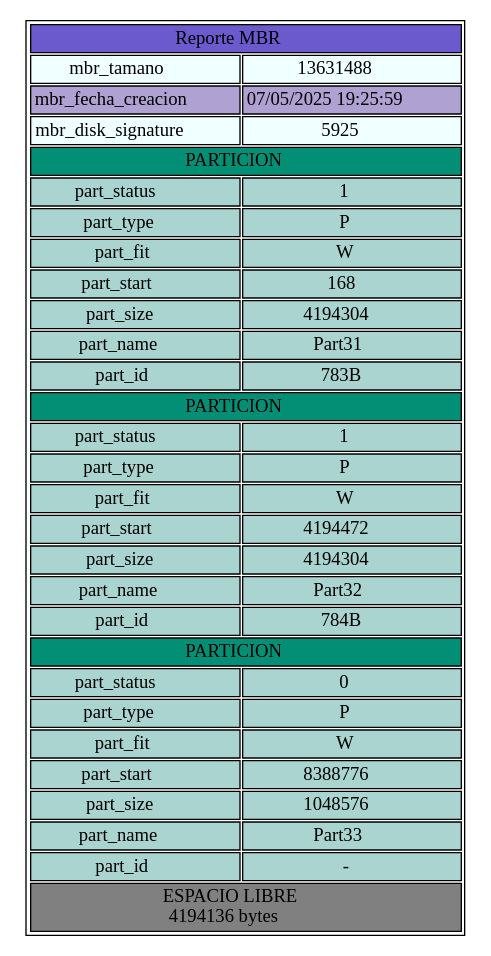
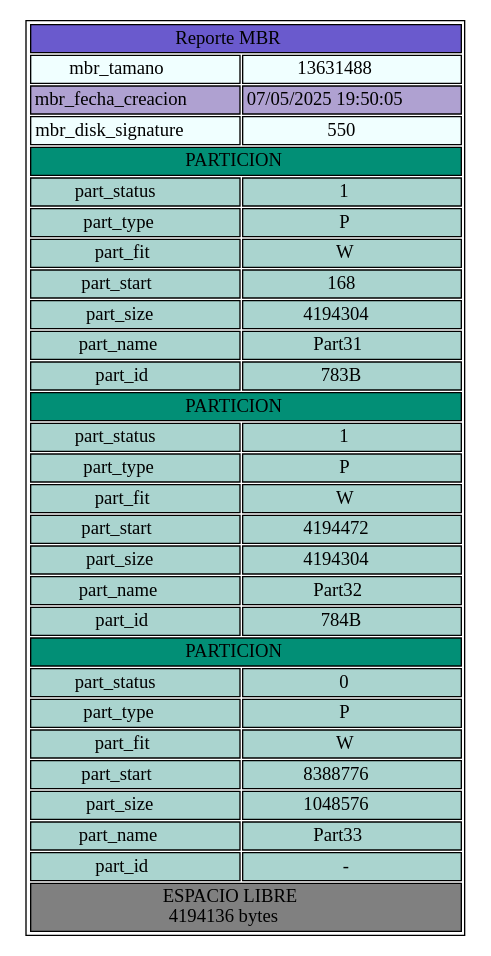
One commit to YairCarrito45/MIA-P2 changed the diagram in Backend/home/yair/Calificacion_MIA/Reportes/p1_rE_mbr.dot. Above: the diagram before and after it, drawn with Graphviz. The commit also changed 31 other files, not shown here.

```diff
--- a/Backend/home/yair/Calificacion_MIA/Reportes/p1_rE_mbr.dot
+++ b/Backend/home/yair/Calificacion_MIA/Reportes/p1_rE_mbr.dot
@@ -1,116 +1,116 @@
 digraph { 
 node [ shape=none ] 
 TablaReportNodo [ label = < <table border="1"> 
  <tr>
   <td bgcolor='SlateBlue' COLSPAN="2"> Reporte MBR </td> 
  </tr> 
  <tr>
   <td bgcolor='Azure'> mbr_tamano </td> 
   <td bgcolor='Azure'> 13631488 </td> 
  </tr> 
  <tr>
   <td bgcolor='#AFA1D1'> mbr_fecha_creacion </td> 
-  <td bgcolor='#AFA1D1'> 07/05/2025 19:25:59 </td> 
+  <td bgcolor='#AFA1D1'> 07/05/2025 19:50:05 </td> 
  </tr> 
  <tr>
   <td bgcolor='Azure'> mbr_disk_signature </td> 
-  <td bgcolor='Azure'> 5925 </td> 
+  <td bgcolor='Azure'> 550 </td> 
  </tr>  
  <tr>
  <td bgcolor='#028f76' COLSPAN="2"> PARTICION </td> 
  </tr> 
  <tr>
  <td bgcolor='#aad4cf'> part_status </td> 
  <td bgcolor='#aad4cf'> 1 </td> 
  </tr> 
  <tr>
  <td bgcolor='#aad4cf'> part_type </td> 
  <td bgcolor='#aad4cf'> P </td> 
  </tr> 
  <tr>
  <td bgcolor='#aad4cf'> part_fit </td> 
  <td bgcolor='#aad4cf'> W </td> 
  </tr> 
  <tr>
  <td bgcolor='#aad4cf'> part_start </td> 
  <td bgcolor='#aad4cf'> 168 </td> 
  </tr> 
  <tr>
  <td bgcolor='#aad4cf'> part_size </td> 
  <td bgcolor='#aad4cf'> 4194304 </td> 
  </tr> 
  <tr>
  <td bgcolor='#aad4cf'> part_name </td> 
  <td bgcolor='#aad4cf'> Part31 </td> 
  </tr> 
  <tr>
  <td bgcolor='#aad4cf'> part_id </td> 
  <td bgcolor='#aad4cf'> 783B </td> 
  </tr> 
  <tr>
  <td bgcolor='#028f76' COLSPAN="2"> PARTICION </td> 
  </tr> 
  <tr>
  <td bgcolor='#aad4cf'> part_status </td> 
  <td bgcolor='#aad4cf'> 1 </td> 
  </tr> 
  <tr>
  <td bgcolor='#aad4cf'> part_type </td> 
  <td bgcolor='#aad4cf'> P </td> 
  </tr> 
  <tr>
  <td bgcolor='#aad4cf'> part_fit </td> 
  <td bgcolor='#aad4cf'> W </td> 
  </tr> 
  <tr>
  <td bgcolor='#aad4cf'> part_start </td> 
  <td bgcolor='#aad4cf'> 4194472 </td> 
  </tr> 
  <tr>
  <td bgcolor='#aad4cf'> part_size </td> 
  <td bgcolor='#aad4cf'> 4194304 </td> 
  </tr> 
  <tr>
  <td bgcolor='#aad4cf'> part_name </td> 
  <td bgcolor='#aad4cf'> Part32 </td> 
  </tr> 
  <tr>
  <td bgcolor='#aad4cf'> part_id </td> 
  <td bgcolor='#aad4cf'> 784B </td> 
  </tr> 
  <tr>
  <td bgcolor='#028f76' COLSPAN="2"> PARTICION </td> 
  </tr> 
  <tr>
  <td bgcolor='#aad4cf'> part_status </td> 
  <td bgcolor='#aad4cf'> 0 </td> 
  </tr> 
  <tr>
  <td bgcolor='#aad4cf'> part_type </td> 
  <td bgcolor='#aad4cf'> P </td> 
  </tr> 
  <tr>
  <td bgcolor='#aad4cf'> part_fit </td> 
  <td bgcolor='#aad4cf'> W </td> 
  </tr> 
  <tr>
  <td bgcolor='#aad4cf'> part_start </td> 
  <td bgcolor='#aad4cf'> 8388776 </td> 
  </tr> 
  <tr>
  <td bgcolor='#aad4cf'> part_size </td> 
  <td bgcolor='#aad4cf'> 1048576 </td> 
  </tr> 
  <tr>
  <td bgcolor='#aad4cf'> part_name </td> 
  <td bgcolor='#aad4cf'> Part33 </td> 
  </tr> 
  <tr>
  <td bgcolor='#aad4cf'> part_id </td> 
  <td bgcolor='#aad4cf'> - </td> 
  </tr> 
  <tr>
  <td bgcolor='#808080' COLSPAN="2"> ESPACIO LIBRE <br/> 4194136 bytes </td> 
  </tr> 
 </table> > ]
 }
```
